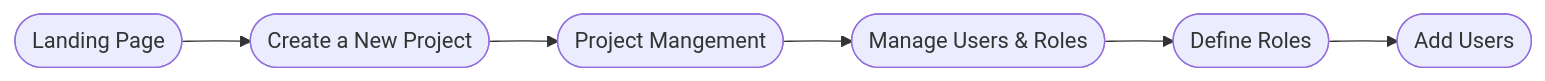
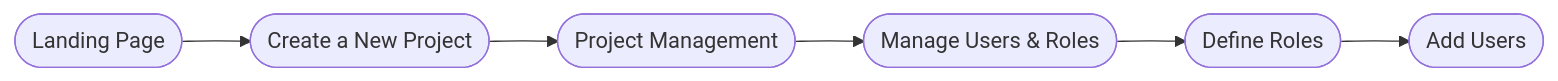
One commit to CenterForDigitalHumanities/TPEN3 changed the third of 4 diagrams in core-workflow-mermaid.md. Above: the diagram before and after it, drawn with Mermaid.

````diff
--- a/core-workflow-mermaid.md
+++ b/core-workflow-mermaid.md
@@ -139,15 +139,15 @@
 ```mermaid
 flowchart LR
     LandingPage([Landing Page])
     NewProject([Create a New Project])
-    Management([Project Mangement])
+    Management([Project Management])
     ManageUsers([Manage Users & Roles])
     AddUsers([Add Users])
     DefineRoles([Define Roles])
 
     LandingPage --> NewProject
     NewProject --> Management
     Management --> ManageUsers
     ManageUsers --> DefineRoles
     DefineRoles --> AddUsers 
 ```
````
